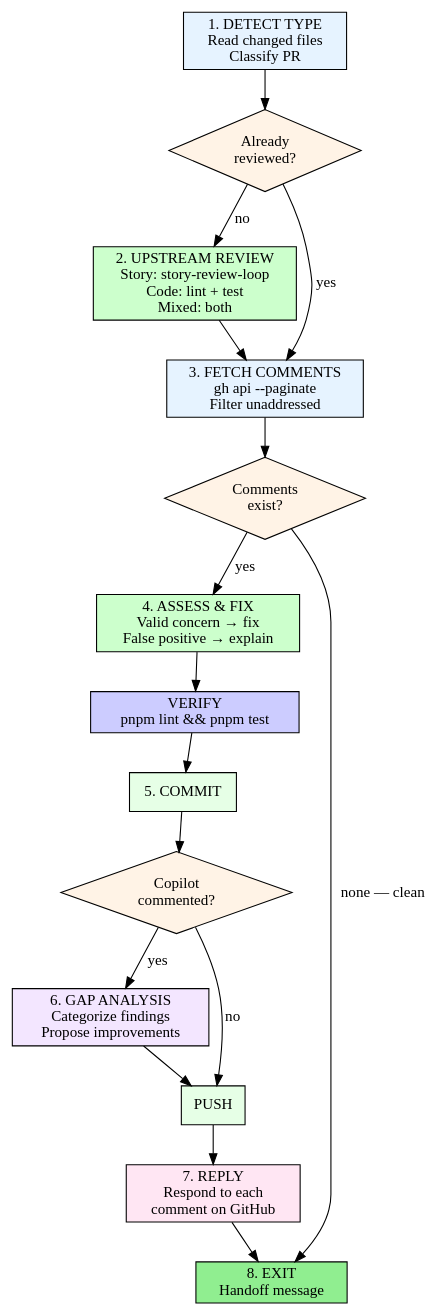
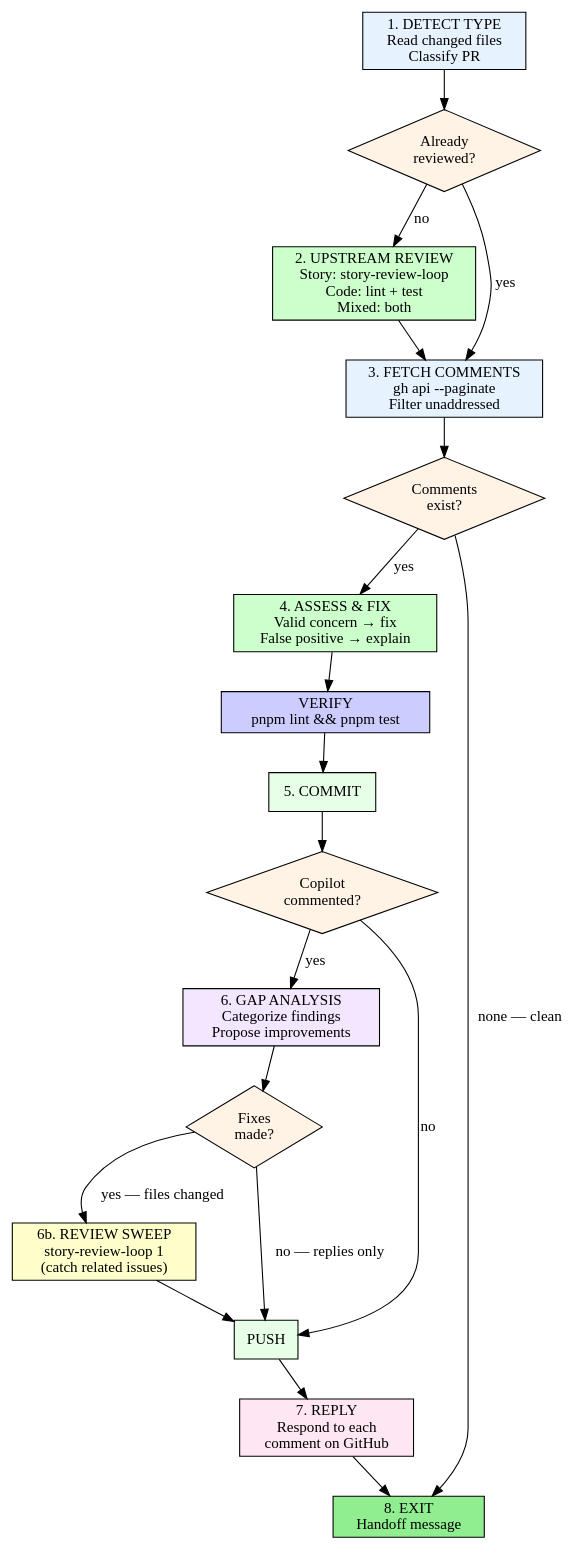
Before and after one commit to gcko/pendulum-of-despair: the diagram in .claude/skills/pr-review-response/SKILL.md, drawn with Graphviz. The commit also changed other lines of this file, not shown here.

First line of the commit message:
chore(shared): add mandatory post-fix story-review-loop to pr-review-response

````diff
--- a/.claude/skills/pr-review-response/SKILL.md
+++ b/.claude/skills/pr-review-response/SKILL.md
@@ -23,36 +23,41 @@
 ```dot
 digraph pr_review {
     rankdir=TB;
     node [shape=box, style=filled, fillcolor=lightblue];
 
     detect [label="1. DETECT TYPE\nRead changed files\nClassify PR", fillcolor="#e6f3ff"];
     reviewed [label="Already\nreviewed?", shape=diamond, fillcolor="#fff3e6"];
     upstream [label="2. UPSTREAM REVIEW\nStory: story-review-loop\nCode: lint + test\nMixed: both", fillcolor="#ccffcc"];
     fetch [label="3. FETCH COMMENTS\ngh api --paginate\nFilter unaddressed", fillcolor="#e6f3ff"];
     comments [label="Comments\nexist?", shape=diamond, fillcolor="#fff3e6"];
     assess [label="4. ASSESS & FIX\nValid concern → fix\nFalse positive → explain", fillcolor="#ccffcc"];
     verify [label="VERIFY\npnpm lint && pnpm test", fillcolor="#ccccff"];
     commit [label="5. COMMIT", fillcolor="#e6ffe6"];
     copilot [label="Copilot\ncommented?", shape=diamond, fillcolor="#fff3e6"];
     gap [label="6. GAP ANALYSIS\nCategorize findings\nPropose improvements", fillcolor="#f3e6ff"];
+    fixesmade [label="Fixes\nmade?", shape=diamond, fillcolor="#fff3e6"];
+    reviewsweep [label="6b. REVIEW SWEEP\nstory-review-loop 1\n(catch related issues)", fillcolor="#ffffcc"];
     push [label="PUSH", fillcolor="#e6ffe6"];
     reply [label="7. REPLY\nRespond to each\ncomment on GitHub", fillcolor="#ffe6f3"];
     exit [label="8. EXIT\nHandoff message", fillcolor=lightgreen];
 
     detect -> reviewed;
     reviewed -> fetch [label="yes"];
     reviewed -> upstream [label="no"];
     upstream -> fetch;
     fetch -> comments;
     comments -> exit [label="none — clean"];
     comments -> assess [label="yes"];
     assess -> verify;
     verify -> commit;
     commit -> copilot;
     copilot -> gap [label="yes"];
     copilot -> push [label="no"];
-    gap -> push;
+    gap -> fixesmade;
+    fixesmade -> reviewsweep [label="yes — files changed"];
+    fixesmade -> push [label="no — replies only"];
+    reviewsweep -> push;
     push -> reply;
     reply -> exit;
 }
 ```
````
